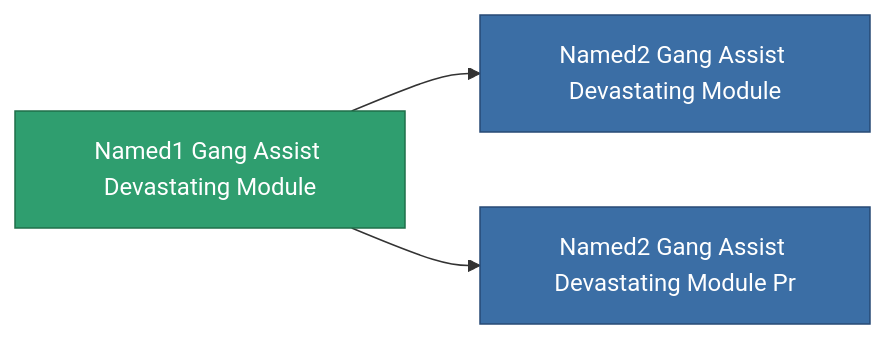
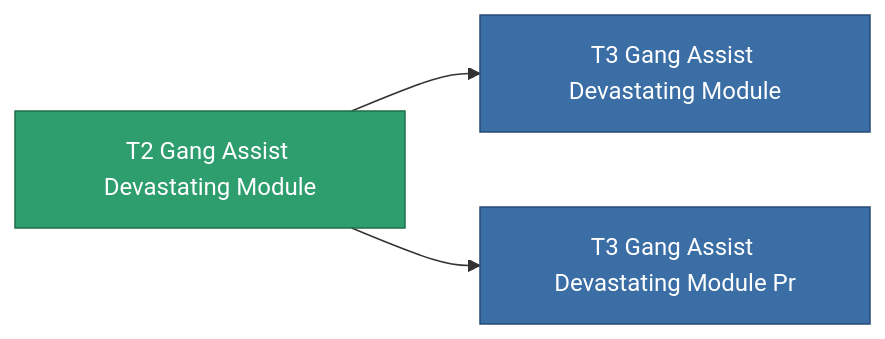
The diagram in content/content/items/named1_gang_assist_devastating_module.md (OpenPerpetuum/Wiki), drawn with Mermaid before and after one commit. The commit also changed other lines of this file and 4904 other files, not shown here.

````diff
--- a/content/content/items/named1_gang_assist_devastating_module.md
+++ b/content/content/items/named1_gang_assist_devastating_module.md
@@ -57,13 +47,13 @@
 ```mermaid
 graph LR
-    a["Named1 Gang Assist Devastating Module"]:::current
-    b["Named2 Gang Assist Devastating Module"]:::prod
+    a["T2 Gang Assist Devastating Module"]:::current
+    b["T3 Gang Assist Devastating Module"]:::prod
     a --> b
-    click b "/content/items/named2-gang-assist-devastating-module/" "Named2 Gang Assist Devastating Module"
-    c["Named2 Gang Assist Devastating Module Pr"]:::prod
+    click b "/content/items/named2-gang-assist-devastating-module/" "T3 Gang Assist Devastating Module"
+    c["T3 Gang Assist Devastating Module Pr"]:::prod
     a --> c
-    click c "/content/items/named2-gang-assist-devastating-module-pr/" "Named2 Gang Assist Devastating Module Pr"
+    click c "/content/items/named2-gang-assist-devastating-module-pr/" "T3 Gang Assist Devastating Module Pr"
     classDef current fill:#2f9e6f,stroke:#1f6f4a,color:#ffffff
     classDef prod fill:#3b6ea5,stroke:#274a75,color:#ffffff
     classDef more fill:#39445a,stroke:#54658a,color:#d5dbe8
 ```
````
